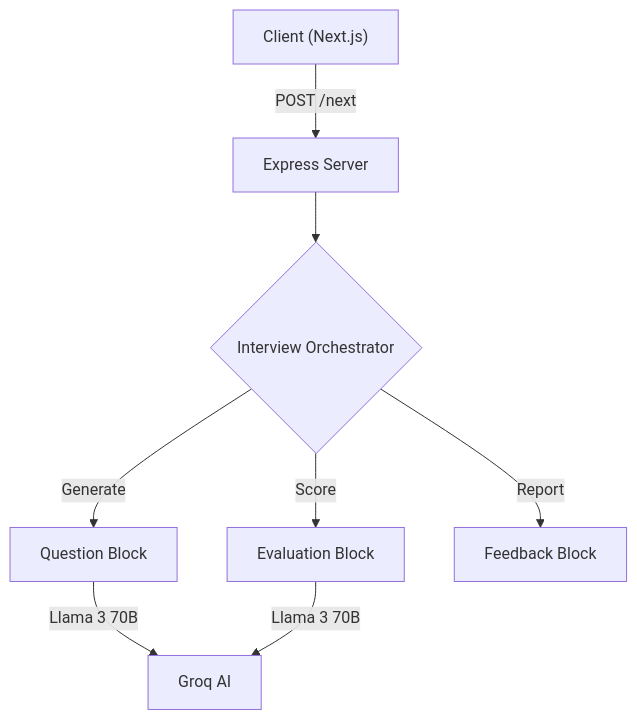
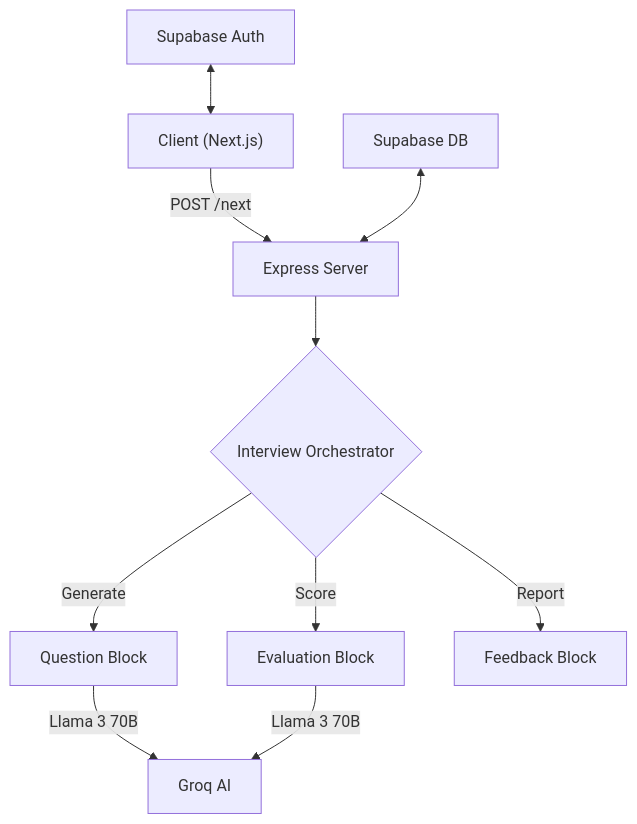
The diagram in README.md (Guneshbari/mock-mentor), drawn with Mermaid before and after one commit. The commit also changed other lines of this file and 27 other files, not shown here.

First line of the commit message:
fix: resolve auth persistence issues, update schema, and refresh docs

````diff
--- a/README.md
+++ b/README.md
@@ -59,10 +66,12 @@
 ```mermaid
 graph TD
     A["Client (Next.js)"] -->|"POST /next"| B["Express Server"]
     B --> C{"Interview Orchestrator"}
     C -->|Generate| D["Question Block"]
     C -->|Score| E["Evaluation Block"]
     C -->|Report| F["Feedback Block"]
     D -->|"Llama 3 70B"| G["Groq AI"]
     E -->|"Llama 3 70B"| G
+    H["Supabase Auth"] <--> A
+    I["Supabase DB"] <--> B
 ```
````
